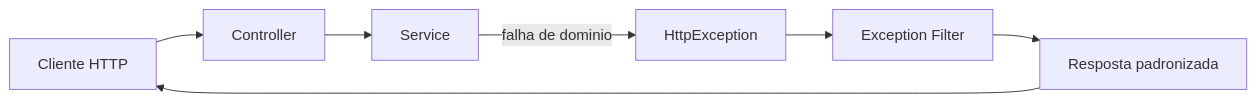
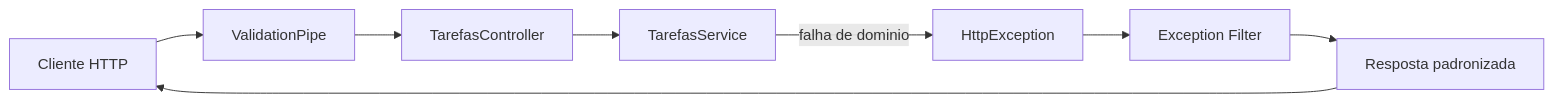
Before and after one commit to luciano-alexandre/desen-web-backend: the diagram in docs/encontros/encontro-11.md, drawn with Mermaid. The commit also changed other lines of this file and 1 other file, not shown here.

````diff
--- a/docs/encontros/encontro-11.md
+++ b/docs/encontros/encontro-11.md
@@ -113,9 +87,10 @@
 ```mermaid
 flowchart LR
-    C[Cliente HTTP] --> CT[Controller]
-    CT --> SV[Service]
+    C[Cliente HTTP] --> VP[ValidationPipe]
+    VP --> CT[TarefasController]
+    CT --> SV[TarefasService]
     SV -->|falha de dominio| EX[HttpException]
     EX --> FL[Exception Filter]
     FL --> R[Resposta padronizada]
     R --> C
 ```
````
